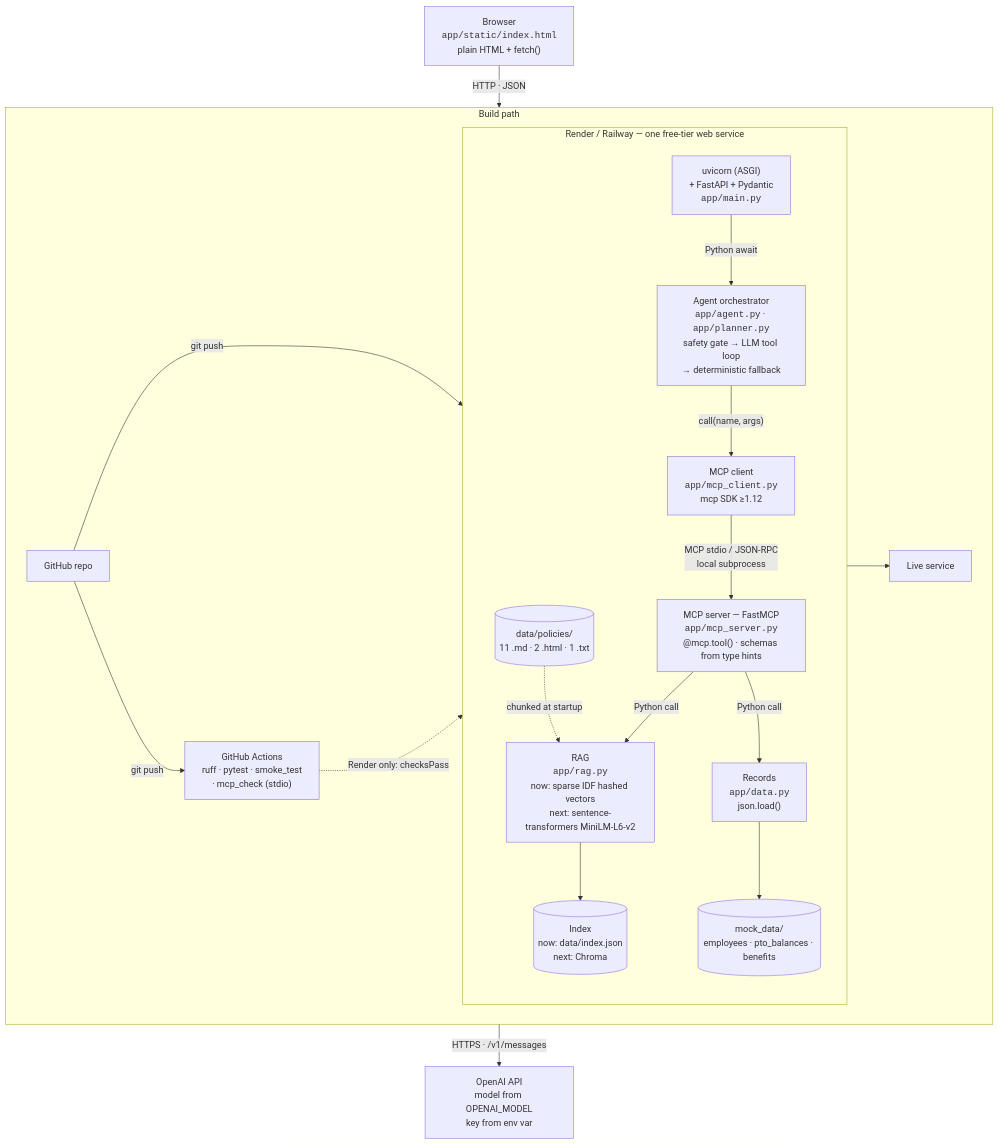
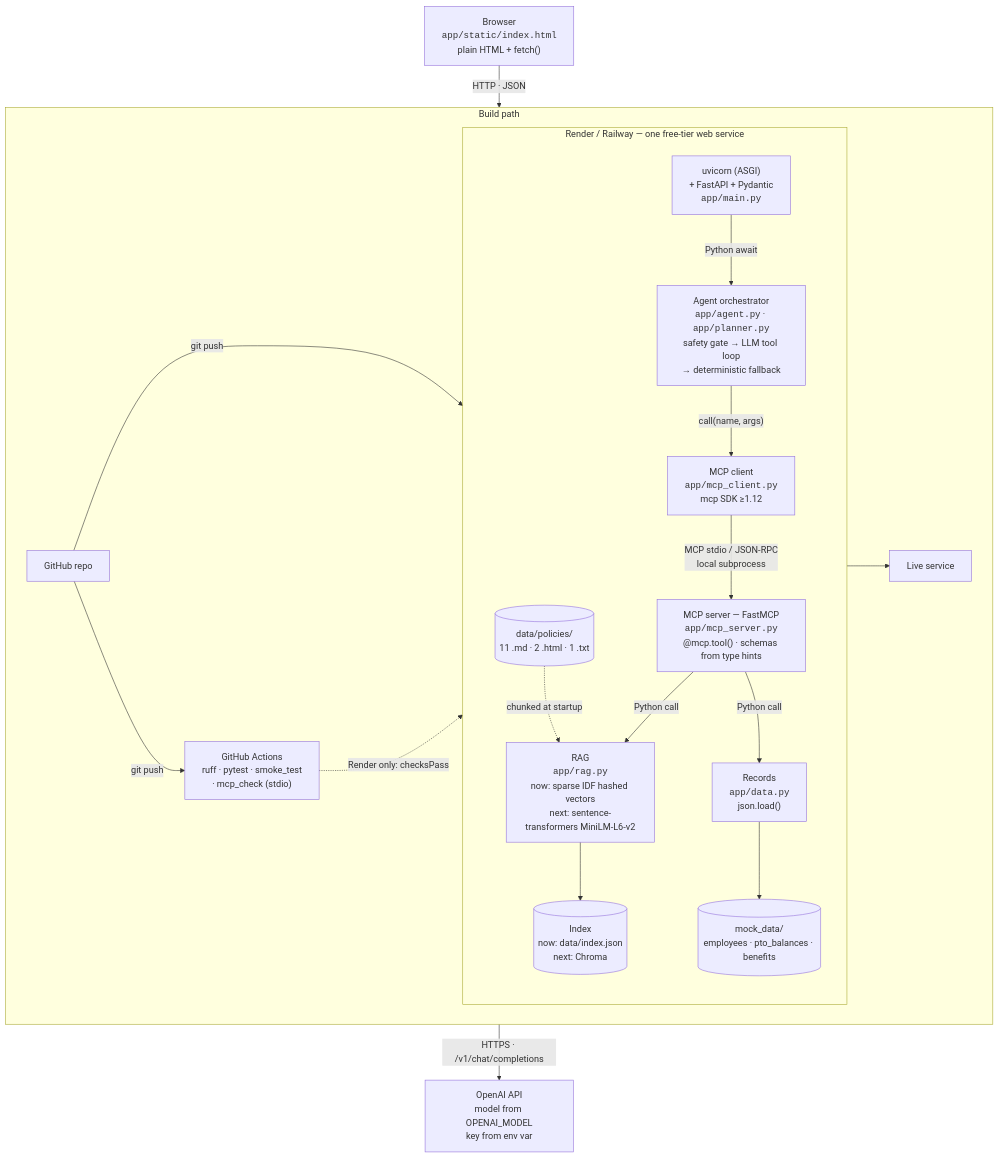
Before and after one commit to mehdihamid1/prj: the second of 2 diagrams in design-and-evaluation.md, drawn with Mermaid. The commit also changed other lines of this file and 7 other files, not shown here.

````diff
--- a/design-and-evaluation.md
+++ b/design-and-evaluation.md
@@ -69,38 +69,38 @@
 ```mermaid
 flowchart TB
     browser["Browser<br/><code>app/static/index.html</code><br/>plain HTML + fetch()"]
 
     subgraph host["Render / Railway — one free-tier web service"]
         direction TB
         server["uvicorn (ASGI)<br/>+ FastAPI + Pydantic<br/><code>app/main.py</code>"]
         orch["Agent orchestrator<br/><code>app/agent.py</code> · <code>app/planner.py</code><br/>safety gate → LLM tool loop<br/>→ deterministic fallback"]
         mcpc["MCP client<br/><code>app/mcp_client.py</code><br/>mcp SDK ≥1.12"]
         mcps["MCP server — FastMCP<br/><code>app/mcp_server.py</code><br/>@mcp.tool() · schemas from type hints"]
         rag["RAG<br/><code>app/rag.py</code><br/>now: sparse IDF hashed vectors<br/>next: sentence-transformers MiniLM-L6-v2"]
         idx[("Index<br/>now: data/index.json<br/>next: Chroma")]
         data["Records<br/><code>app/data.py</code><br/>json.load()"]
         files[("mock_data/<br/>employees · pto_balances · benefits")]
         corpus[("data/policies/<br/>11 .md · 2 .html · 1 .txt")]
     end
 
     llm["OpenAI API<br/>model from OPENAI_MODEL<br/>key from env var"]
 
     browser -->|"HTTP · JSON"| server
     server -->|"Python await"| orch
-    orch -->|"HTTPS · /v1/messages"| llm
+    orch -->|"HTTPS · /v1/chat/completions"| llm
     orch -->|"call(name, args)"| mcpc
     mcpc -->|"MCP stdio / JSON-RPC<br/>local subprocess"| mcps
     mcps -->|"Python call"| rag
     mcps -->|"Python call"| data
     rag --> idx
     data --> files
     corpus -. "chunked at startup" .-> rag
 
     subgraph build["Build path"]
         direction LR
         repo["GitHub repo"] -->|"git push"| ci["GitHub Actions<br/>ruff · pytest · smoke_test<br/>· mcp_check (stdio)"]
         repo -->|"git push"| host["Render / Railway build<br/>pip install && pytest<br/>build fails ⇒ no deploy"]
         ci -. "Render only: checksPass" .-> host
         host --> deploy["Live service"]
     end
 ```
````
